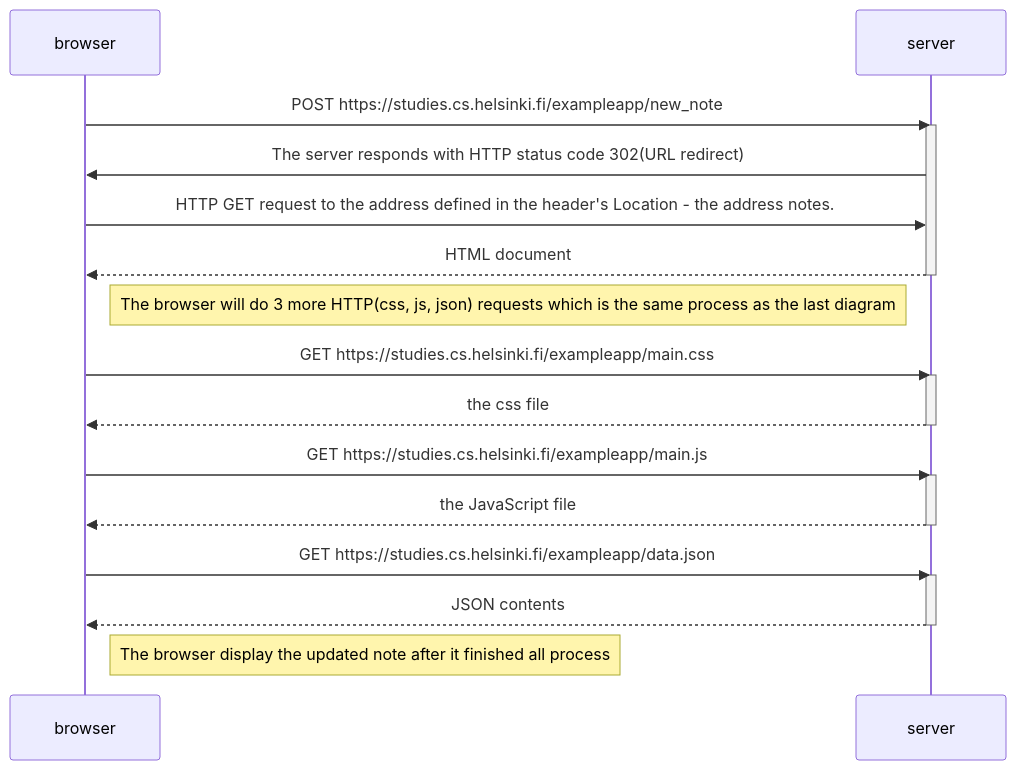
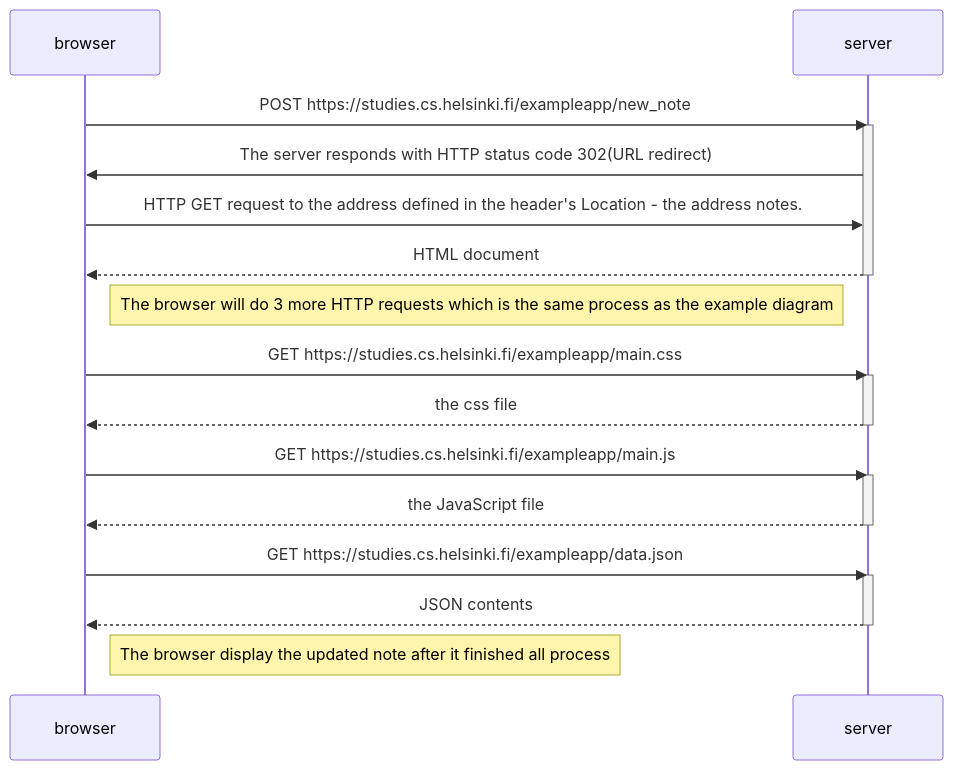
One commit to uglypow/Full-Stack-Open changed the diagram in part0/exercise_0.4.md. Above: the diagram before and after it, drawn with Mermaid.

````diff
--- a/part0/exercise_0.4.md
+++ b/part0/exercise_0.4.md
@@ -1,32 +1,32 @@
 ```mermaid
 sequenceDiagram
     participant browser
     participant server
 
     browser->>server: POST https://studies.cs.helsinki.fi/exampleapp/new_note
     activate server
     server->>browser: The server responds with HTTP status code 302(URL redirect)
     
     browser->>server: HTTP GET request to the address defined in the header's Location - the address notes.
     server-->>browser: HTML document
     deactivate server
 
-    Note right of browser: The browser will do 3 more HTTP(css, js, json) requests which is the same process as the last diagram
+    Note right of browser: The browser will do 3 more HTTP requests which is the same process as the example diagram
     
     browser->>server: GET https://studies.cs.helsinki.fi/exampleapp/main.css
     activate server
     server-->>browser: the css file
     deactivate server
 
     browser->>server: GET https://studies.cs.helsinki.fi/exampleapp/main.js
     activate server
     server-->>browser: the JavaScript file
     deactivate server
 
     browser->>server: GET https://studies.cs.helsinki.fi/exampleapp/data.json
     activate server
     server-->>browser: JSON contents
     deactivate server
 
     Note right of browser: The browser display the updated note after it finished all process
 ```
````
